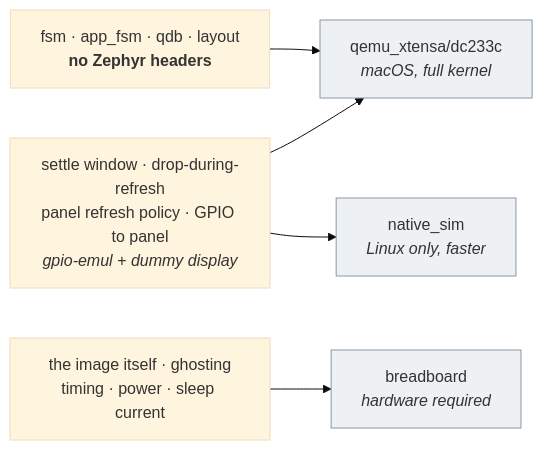
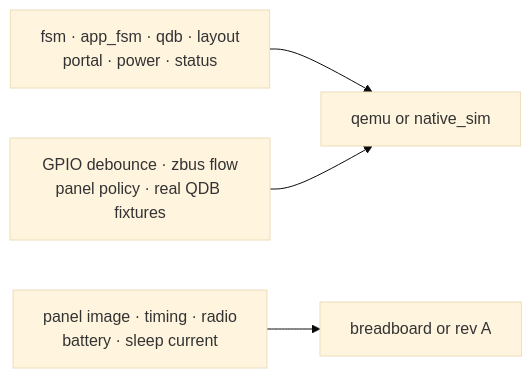
Before and after one commit to giacomomellone/cicala: the ninth of 9 diagrams in docs/firmware_architecture.md, drawn with Mermaid (base theme). The commit also changed other lines of this file and 259 other files, not shown here.

````diff
--- a/docs/firmware_architecture.md
+++ b/docs/firmware_architecture.md
@@ -1136,10 +363,6 @@
 ```mermaid
 flowchart LR
-    A["fsm · app_fsm · qdb · layout<br/><b>no Zephyr headers</b>"] --> H
-    B["settle window · drop-during-refresh<br/>panel refresh policy · GPIO to panel<br/><i>gpio-emul + dummy display</i>"] --> H["qemu_xtensa/dc233c<br/><i>macOS, full kernel</i>"]
-    B --> N["native_sim<br/><i>Linux only, faster</i>"]
-    C["the image itself · ghosting<br/>timing · power · sleep current"] --> HW["breadboard<br/><i>hardware required</i>"]
-
-    classDef t fill:#eef1f4,stroke:#8a97a6
-    class H,N,HW t
+    PURE[fsm · app_fsm · qdb · layout<br/>portal · power · status] --> HOST[qemu or native_sim]
+    SEAMS[GPIO debounce · zbus flow<br/>panel policy · real QDB fixtures] --> HOST
+    PHYSICAL[panel image · timing · radio<br/>battery · sleep current] --> BENCH[breadboard or rev A]
 ```
````
